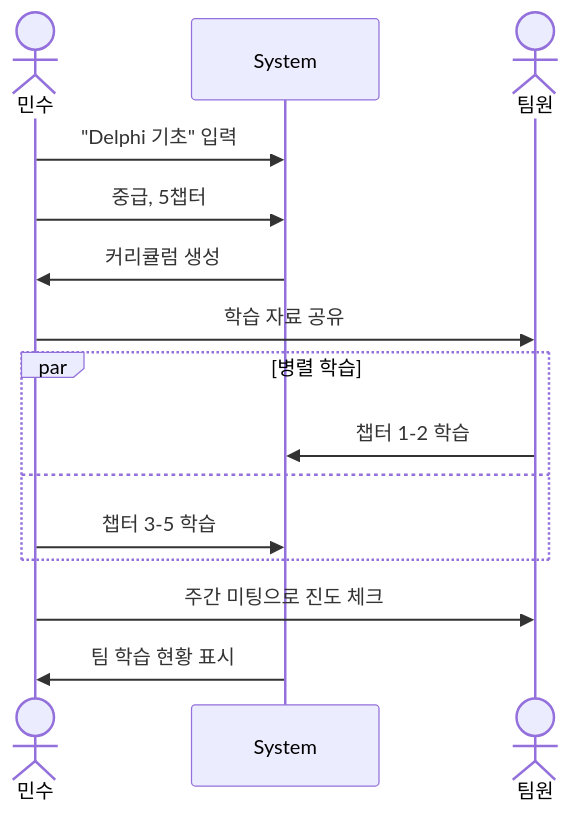
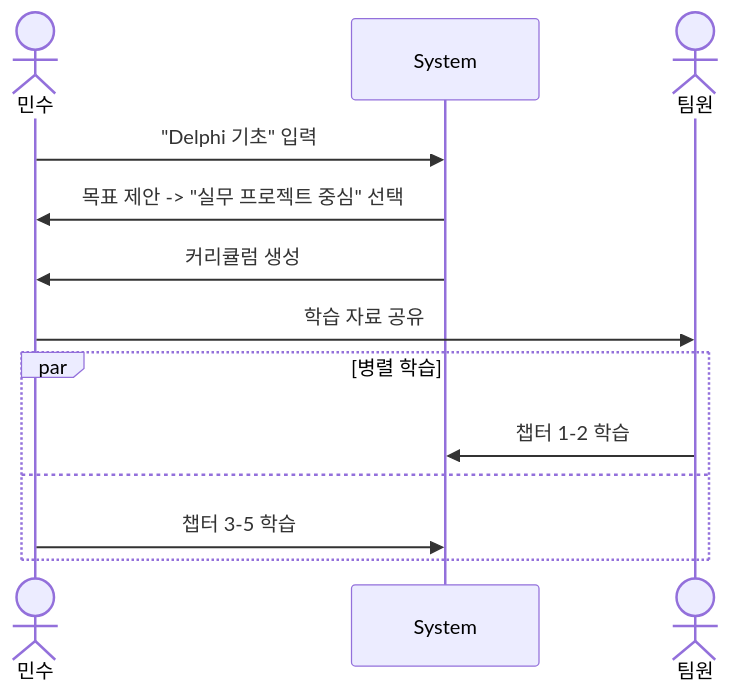
Before and after one commit to I-nkamanda/poppins: the fifth of 10 diagrams in plans/pop_pins_ii_sequence_diagram.md, drawn with Mermaid. The commit also changed other lines of this file and 15 other files, not shown here.

````diff
--- a/plans/pop_pins_ii_sequence_diagram.md
+++ b/plans/pop_pins_ii_sequence_diagram.md
@@ -118,21 +120,18 @@
 ```mermaid
 sequenceDiagram
     actor 민수
     participant System
     actor 팀원
     
     민수->>System: "Delphi 기초" 입력
-    민수->>System: 중급, 5챕터
+    System->>민수: 목표 제안 -> "실무 프로젝트 중심" 선택
     System->>민수: 커리큘럼 생성
     
     민수->>팀원: 학습 자료 공유
     
     par 병렬 학습
         팀원->>System: 챕터 1-2 학습
     and
         민수->>System: 챕터 3-5 학습
     end
-    
-    민수->>팀원: 주간 미팅으로 진도 체크
-    System->>민수: 팀 학습 현황 표시
 ```
````
